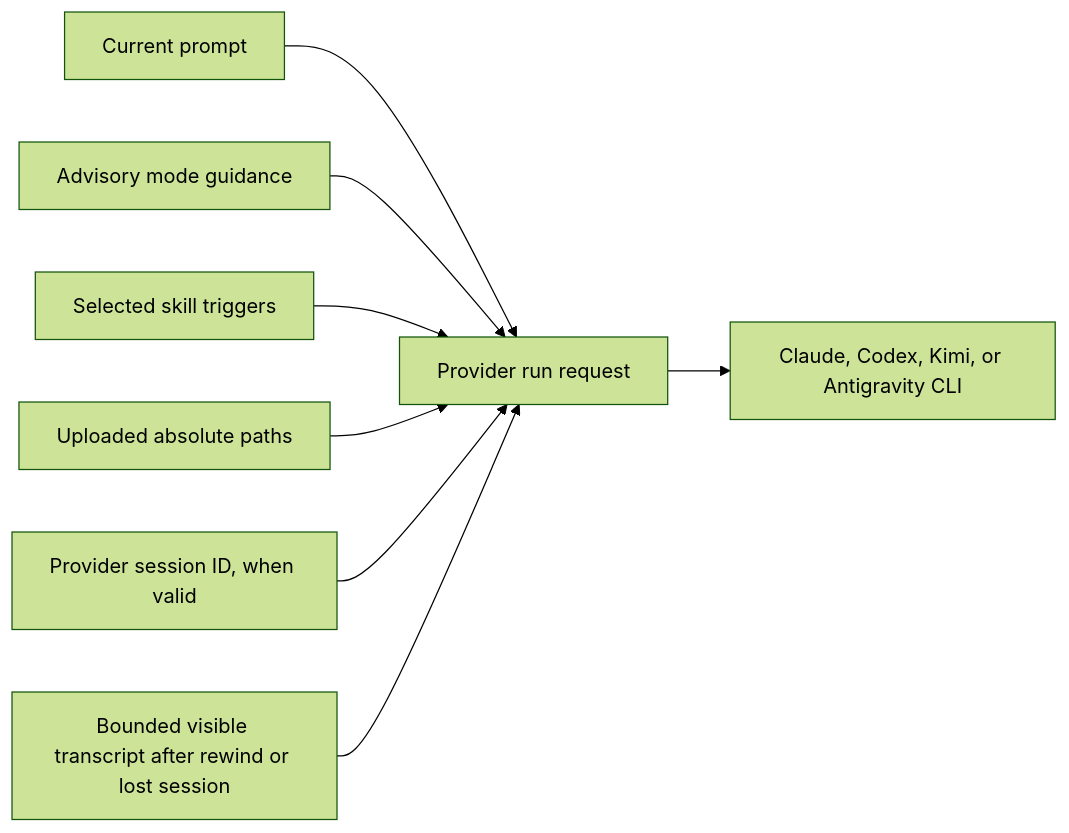
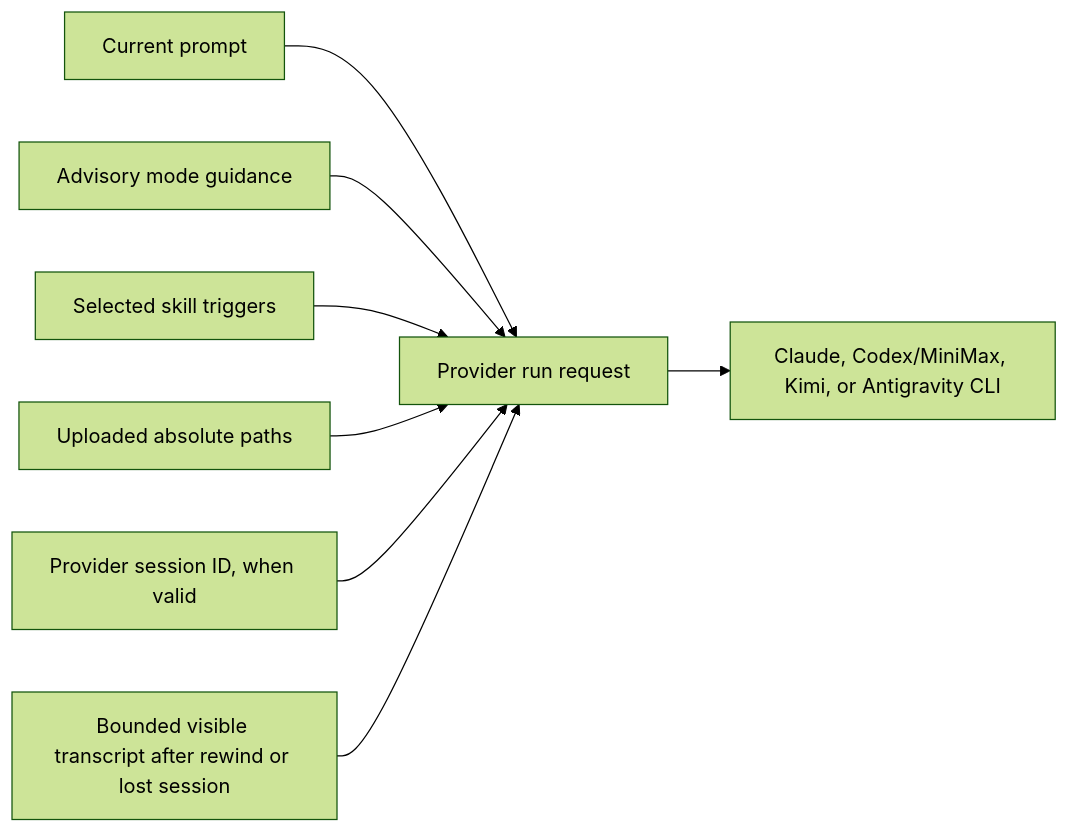
One commit to AbdallahMohamedDotnet/remote.futrx changed the diagram in docs/02-user-guide/04-prompts-context-and-conversation.md. Above: the diagram before and after it, drawn with Mermaid (forest theme). The commit also changed other lines of this file and 45 other files, not shown here.

````diff
--- a/docs/02-user-guide/04-prompts-context-and-conversation.md
+++ b/docs/02-user-guide/04-prompts-context-and-conversation.md
@@ -27,10 +27,10 @@
 ```mermaid
 flowchart LR
     Prompt["Current prompt"] --> Request["Provider run request"]
     Mode["Advisory mode guidance"] --> Request
     Skills["Selected skill triggers"] --> Request
     Files["Uploaded absolute paths"] --> Request
     Session["Provider session ID, when valid"] --> Request
     History["Bounded visible transcript after rewind or lost session"] --> Request
-    Request --> Agent["Claude, Codex, Kimi, or Antigravity CLI"]
+    Request --> Agent["Claude, Codex/MiniMax, Kimi, or Antigravity CLI"]
 ```
````
